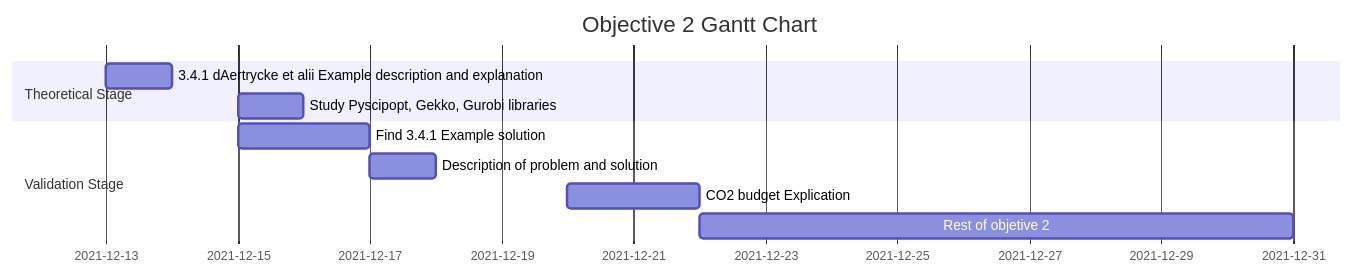
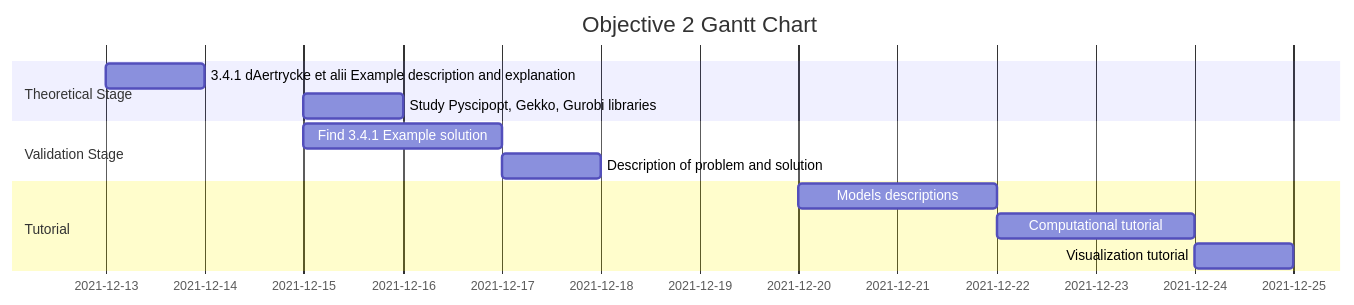
The diagram in code/gantto2.mmd (ingUANDES/QFin), drawn with Mermaid before and after one commit. The commit also changed other lines of this file, not shown here.

Commit message:
cambio gantt

```diff
--- a/code/gantto2.mmd
+++ b/code/gantto2.mmd
@@ -1,11 +1,13 @@
 gantt
     title Objective 2 Gantt Chart
     dateFormat   YYYY-MM-DD
     section Theoretical Stage
-    3.4.1 dAertrycke et alii Example description and explanation       :a1, 2021-12-13, 1d
+    3.4.1 dAertrycke et alii Example description and explanation      :a1, 2021-12-13, 1d
     Study Pyscipopt, Gekko, Gurobi libraries  :a2, 2021-12-15, 1d
     section Validation Stage
     Find 3.4.1 Example solution  :a3, 2021-12-15, 2d
     Description of problem and solution :a4, 2021-12-17, 1d
-    CO2 budget Explication        :a5, 2021-12-20, 2d
-    Rest of objetive 2           :a6, 2021-12-22, 2021-12-31
+    section Tutorial
+    Models descriptions        :a5, 2021-12-20, 2d
+    Computational tutorial     :a6, 2021-12-22, 2d
+    Visualization tutorial     :a7, 2021-12-24, 1d
```
